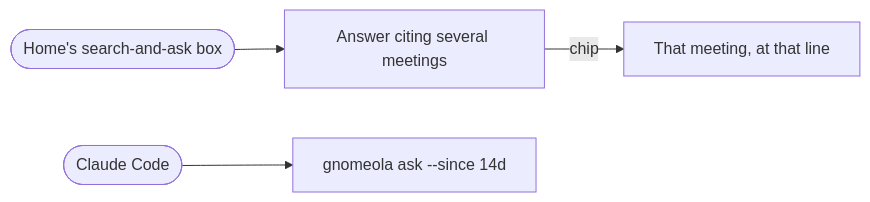
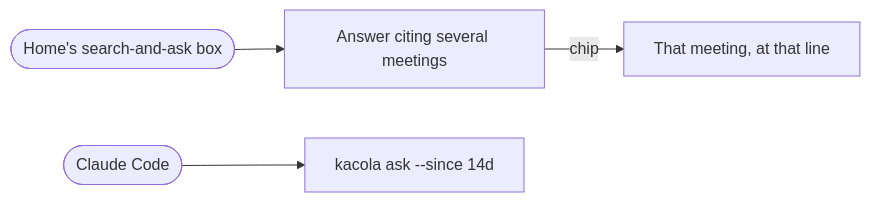
Diagram 17 of 44 in docs/user-stories.md (Kacper-Lubisz/kacola), drawn with Mermaid before and after one commit. The commit also changed other lines of this file and 676 other files, not shown here.

First line of the commit message:
Rename gnomeola to kacola: packages, commands, ids, env vars, paths and text

````diff
--- a/docs/user-stories.md
+++ b/docs/user-stories.md
@@ -531,8 +531,8 @@
 ```mermaid
 flowchart LR
   A([Home's search-and-ask box]) --> C[Answer citing several meetings]
   C -->|chip| D[That meeting, at that line]
-  E([Claude Code]) --> F[gnomeola ask --since 14d]
+  E([Claude Code]) --> F[kacola ask --since 14d]
   %% shot: C = ask-across__answered__cross-meeting
   %% shot: F = ask-across__cli__ask-since
 ```
````
